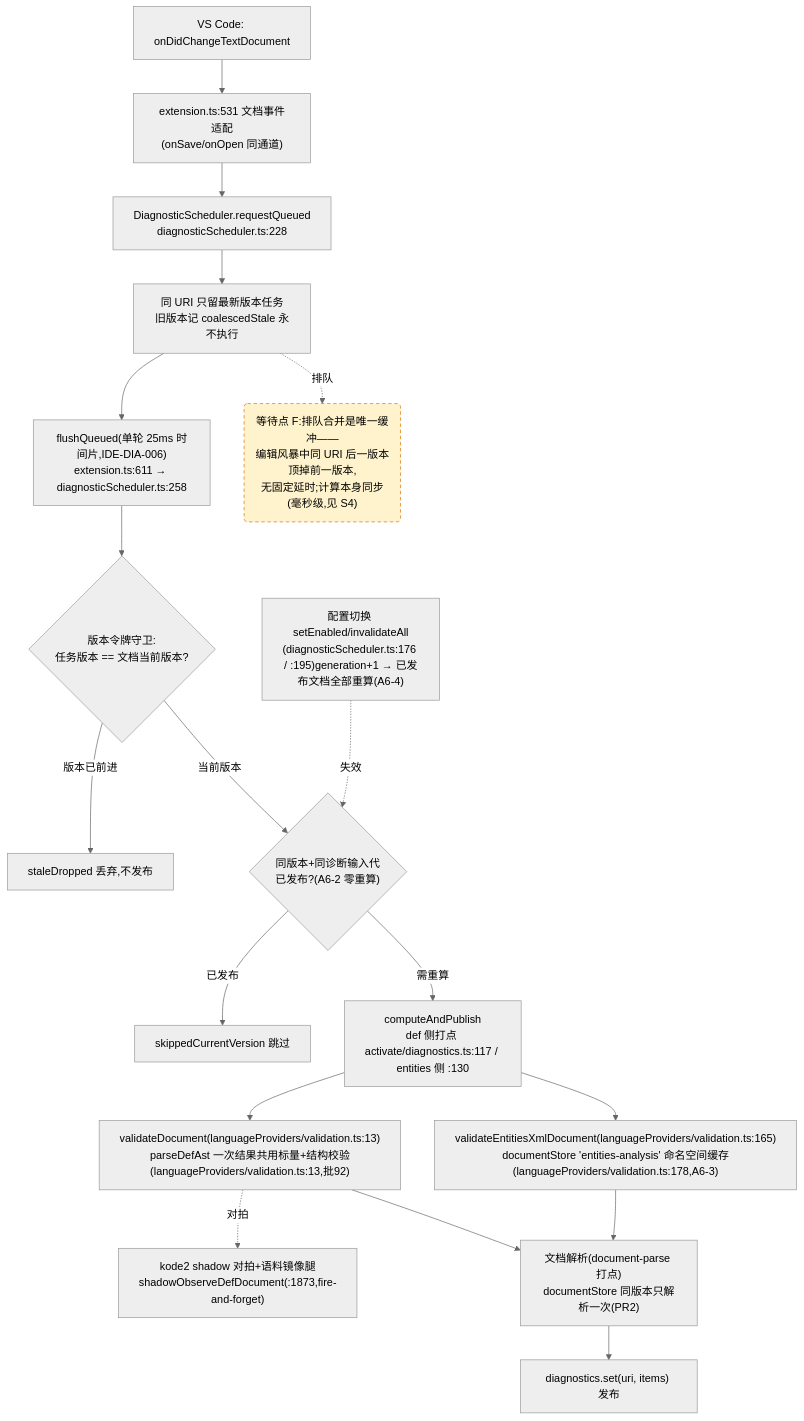
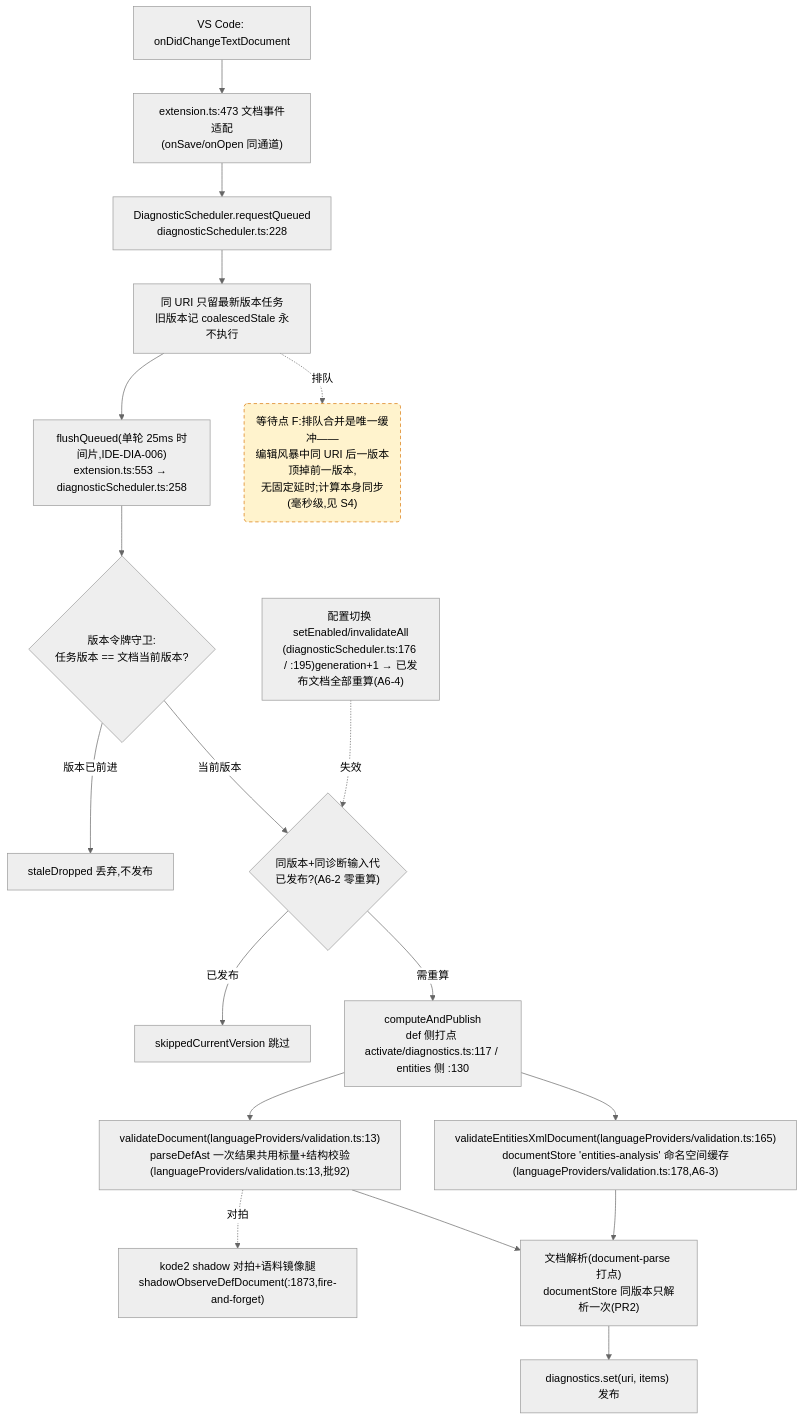
One commit to cuihairu/kode changed the fourth of 4 diagrams in docs/perf/2026-baseline.md. Above: the diagram before and after it, drawn with Mermaid (neutral theme). The commit also changed 5 other files, not shown here.

````diff
--- a/docs/perf/2026-baseline.md
+++ b/docs/perf/2026-baseline.md
@@ -214,38 +214,38 @@
 ```mermaid
 flowchart TD
   CHG["VS Code: onDidChangeTextDocument"]
-  WATCH["extension.ts:531 文档事件适配<br/>(onSave/onOpen 同通道)"]
+  WATCH["extension.ts:473 文档事件适配<br/>(onSave/onOpen 同通道)"]
   RQ["DiagnosticScheduler.requestQueued<br/>diagnosticScheduler.ts:228"]
   CO["同 URI 只留最新版本任务<br/>旧版本记 coalescedStale 永不执行"]
-  FL["flushQueued(单轮 25ms 时间片,IDE-DIA-006)<br/>extension.ts:611 → diagnosticScheduler.ts:258"]
+  FL["flushQueued(单轮 25ms 时间片,IDE-DIA-006)<br/>extension.ts:553 → diagnosticScheduler.ts:258"]
   VG{"版本令牌守卫:<br/>任务版本 == 文档当前版本?"}
   DROP["staleDropped 丢弃,不发布"]
   GEN{"同版本+同诊断输入代<br/>已发布?(A6-2 零重算)"}
   SKIP["skippedCurrentVersion 跳过"]
   CALC["computeAndPublish<br/>def 侧打点 activate/diagnostics.ts:117 / entities 侧 :130"]
   VD["validateDocument(languageProviders/validation.ts:13)<br/>parseDefAst 一次结果共用标量+结构校验(languageProviders/validation.ts:13,批92)"]
   VEX["validateEntitiesXmlDocument(languageProviders/validation.ts:165)<br/>documentStore 'entities-analysis' 命名空间缓存(languageProviders/validation.ts:178,A6-3)"]
   SHDD["kode2 shadow 对拍+语料镜像腿<br/>shadowObserveDefDocument(:1873,fire-and-forget)"]
   DS["文档解析(document-parse 打点)<br/>documentStore 同版本只解析一次(PR2)"]
   PUB["diagnostics.set(uri, items) 发布"]
   CFG2["配置切换 setEnabled/invalidateAll<br/>(diagnosticScheduler.ts:176 / :195)generation+1 → 已发布文档全部重算(A6-4)"]
 
   CHG --> WATCH --> RQ --> CO --> FL --> VG
   VG -- "版本已前进" --> DROP
   VG -- "当前版本" --> GEN
   GEN -- "已发布" --> SKIP
   GEN -- "需重算" --> CALC
   CALC --> VD
   CALC --> VEX
   VD --> DS
   VEX --> DS
   DS --> PUB
   VD -.->|对拍| SHDD
   CFG2 -.->|失效| GEN
 
   WAITF("等待点 F:排队合并是唯一缓冲——<br/>编辑风暴中同 URI 后一版本顶掉前一版本,<br/>无固定延时;计算本身同步(毫秒级,见 S4)")
   CO -.->|排队| WAITF
 
   classDef waitPoint fill:#fff3cd,stroke:#d97706,stroke-dasharray:5 4;
   class WAITF waitPoint;
 ```
````
